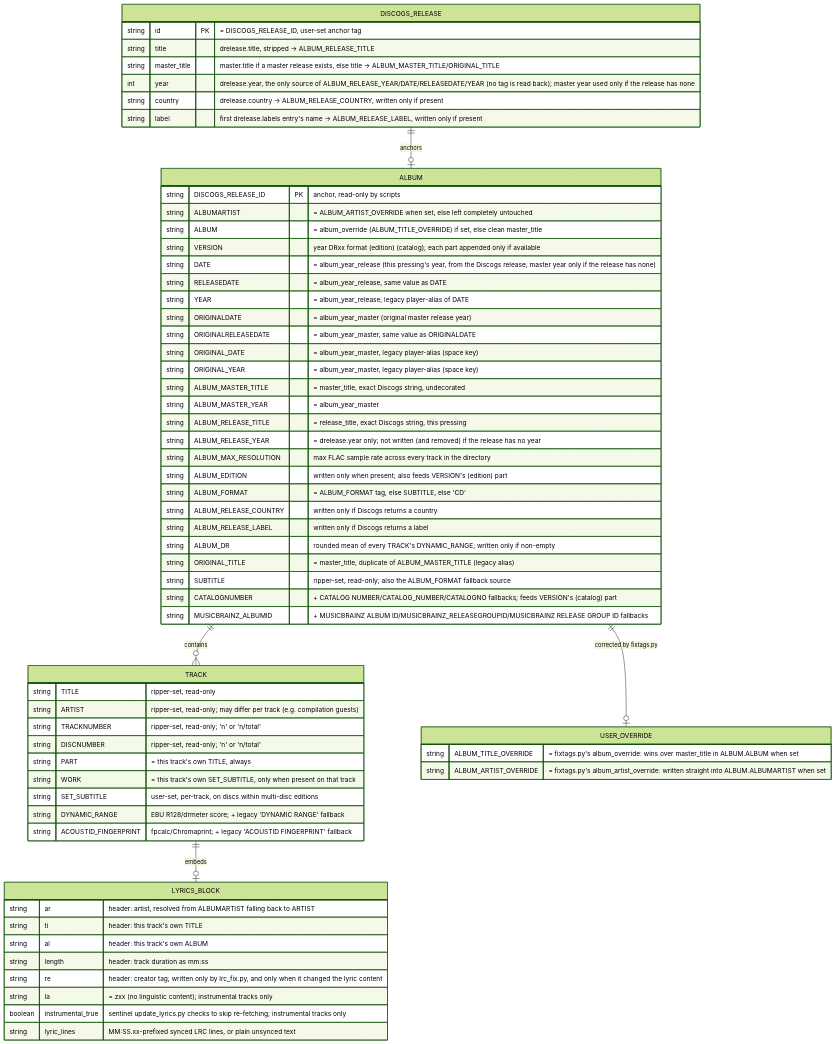
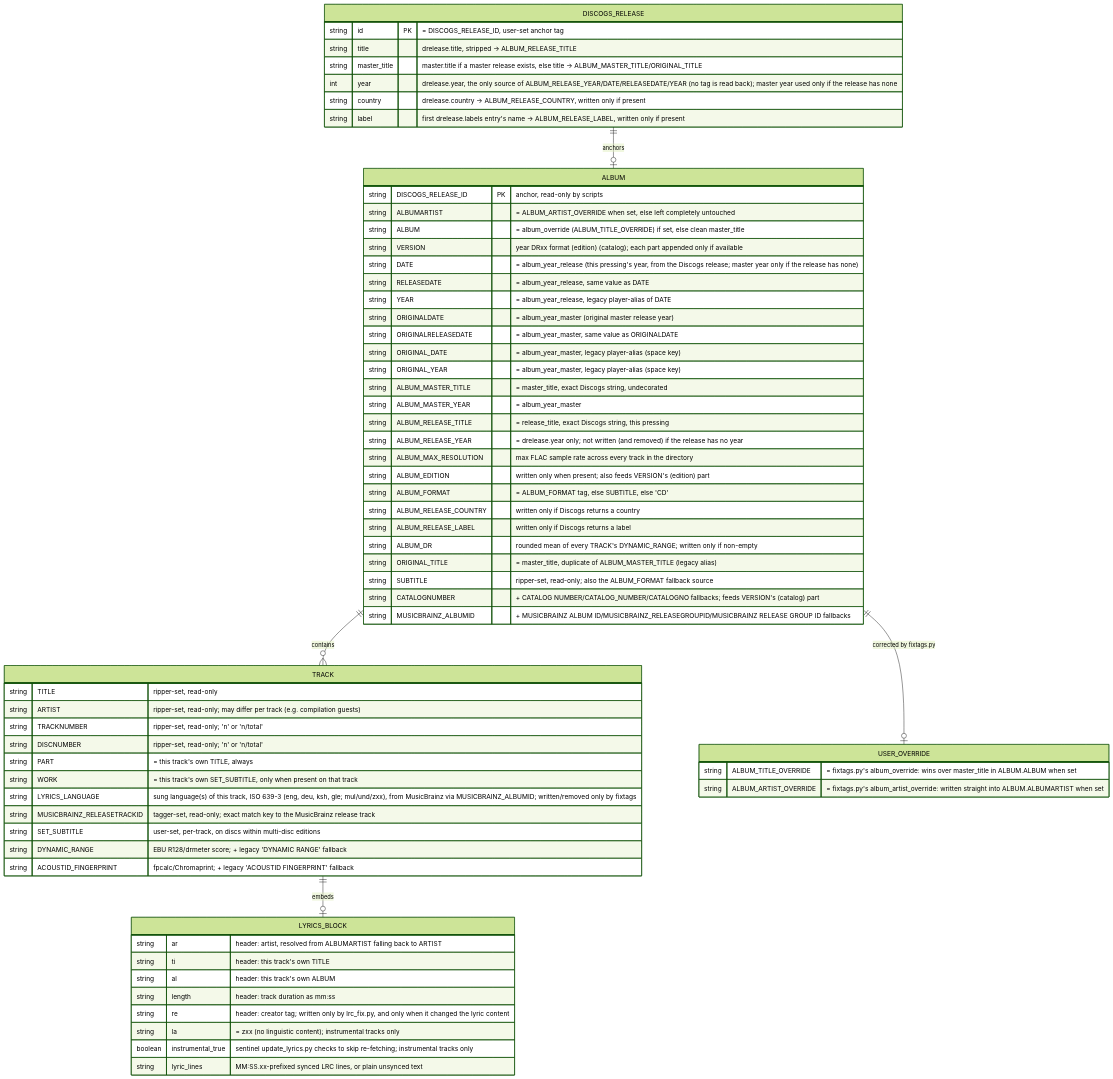
One commit to koehntopp/discogs changed the diagram in docs/tag-schema.md. Above: the diagram before and after it, drawn with Mermaid (forest theme). The commit also changed 7 other files, not shown here.

First line of the commit message:
feat: fixtags writes the per-track sung language (LYRICS_LANGUAGE) from MusicBrainz

````diff
--- a/docs/tag-schema.md
+++ b/docs/tag-schema.md
@@ -7,72 +7,74 @@
 ```mermaid
 erDiagram
     DISCOGS_RELEASE ||--o| ALBUM : anchors
     ALBUM ||--o{ TRACK : contains
     ALBUM ||--o| USER_OVERRIDE : "corrected by fixtags.py"
     TRACK ||--o| LYRICS_BLOCK : embeds
 
     DISCOGS_RELEASE {
         string id PK "= DISCOGS_RELEASE_ID, user-set anchor tag"
         string title "drelease.title, stripped -> ALBUM_RELEASE_TITLE"
         string master_title "master.title if a master release exists, else title -> ALBUM_MASTER_TITLE/ORIGINAL_TITLE"
         int year "drelease.year, the only source of ALBUM_RELEASE_YEAR/DATE/RELEASEDATE/YEAR (no tag is read back); master year used only if the release has none"
         string country "drelease.country -> ALBUM_RELEASE_COUNTRY, written only if present"
         string label "first drelease.labels entry's name -> ALBUM_RELEASE_LABEL, written only if present"
     }
 
     USER_OVERRIDE {
         string ALBUM_TITLE_OVERRIDE "= fixtags.py's album_override: wins over master_title in ALBUM.ALBUM when set"
         string ALBUM_ARTIST_OVERRIDE "= fixtags.py's album_artist_override: written straight into ALBUM.ALBUMARTIST when set"
     }
 
     ALBUM {
         string DISCOGS_RELEASE_ID PK "anchor, read-only by scripts"
         string ALBUMARTIST "= ALBUM_ARTIST_OVERRIDE when set, else left completely untouched"
         string ALBUM "= album_override (ALBUM_TITLE_OVERRIDE) if set, else clean master_title"
         string VERSION "year DRxx format (edition) (catalog); each part appended only if available"
         string DATE "= album_year_release (this pressing's year, from the Discogs release; master year only if the release has none)"
         string RELEASEDATE "= album_year_release, same value as DATE"
         string YEAR "= album_year_release, legacy player-alias of DATE"
         string ORIGINALDATE "= album_year_master (original master release year)"
         string ORIGINALRELEASEDATE "= album_year_master, same value as ORIGINALDATE"
         string ORIGINAL_DATE "= album_year_master, legacy player-alias (space key)"
         string ORIGINAL_YEAR "= album_year_master, legacy player-alias (space key)"
         string ALBUM_MASTER_TITLE "= master_title, exact Discogs string, undecorated"
         string ALBUM_MASTER_YEAR "= album_year_master"
         string ALBUM_RELEASE_TITLE "= release_title, exact Discogs string, this pressing"
         string ALBUM_RELEASE_YEAR "= drelease.year only; not written (and removed) if the release has no year"
         string ALBUM_MAX_RESOLUTION "max FLAC sample rate across every track in the directory"
         string ALBUM_EDITION "written only when present; also feeds VERSION's (edition) part"
         string ALBUM_FORMAT "= ALBUM_FORMAT tag, else SUBTITLE, else 'CD'"
         string ALBUM_RELEASE_COUNTRY "written only if Discogs returns a country"
         string ALBUM_RELEASE_LABEL "written only if Discogs returns a label"
         string ALBUM_DR "rounded mean of every TRACK's DYNAMIC_RANGE; written only if non-empty"
         string ORIGINAL_TITLE "= master_title, duplicate of ALBUM_MASTER_TITLE (legacy alias)"
         string SUBTITLE "ripper-set, read-only; also the ALBUM_FORMAT fallback source"
         string CATALOGNUMBER "+ CATALOG NUMBER/CATALOG_NUMBER/CATALOGNO fallbacks; feeds VERSION's (catalog) part"
         string MUSICBRAINZ_ALBUMID "+ MUSICBRAINZ ALBUM ID/MUSICBRAINZ_RELEASEGROUPID/MUSICBRAINZ RELEASE GROUP ID fallbacks"
     }
 
     TRACK {
         string TITLE "ripper-set, read-only"
         string ARTIST "ripper-set, read-only; may differ per track (e.g. compilation guests)"
         string TRACKNUMBER "ripper-set, read-only; 'n' or 'n/total'"
         string DISCNUMBER "ripper-set, read-only; 'n' or 'n/total'"
         string PART "= this track's own TITLE, always"
         string WORK "= this track's own SET_SUBTITLE, only when present on that track"
+        string LYRICS_LANGUAGE "sung language(s) of this track, ISO 639-3 (eng, deu, ksh, gle; mul/und/zxx), from MusicBrainz via MUSICBRAINZ_ALBUMID; written/removed only by fixtags"
+        string MUSICBRAINZ_RELEASETRACKID "tagger-set, read-only; exact match key to the MusicBrainz release track"
         string SET_SUBTITLE "user-set, per-track, on discs within multi-disc editions"
         string DYNAMIC_RANGE "EBU R128/drmeter score; + legacy 'DYNAMIC RANGE' fallback"
         string ACOUSTID_FINGERPRINT "fpcalc/Chromaprint; + legacy 'ACOUSTID FINGERPRINT' fallback"
     }
 
     LYRICS_BLOCK {
         string ar "header: artist, resolved from ALBUMARTIST falling back to ARTIST"
         string ti "header: this track's own TITLE"
         string al "header: this track's own ALBUM"
         string length "header: track duration as mm:ss"
         string re "header: creator tag; written only by lrc_fix.py, and only when it changed the lyric content"
         string la "= zxx (no linguistic content); instrumental tracks only"
         boolean instrumental_true "sentinel update_lyrics.py checks to skip re-fetching; instrumental tracks only"
         string lyric_lines "MM:SS.xx-prefixed synced LRC lines, or plain unsynced text"
     }
 ```
````
